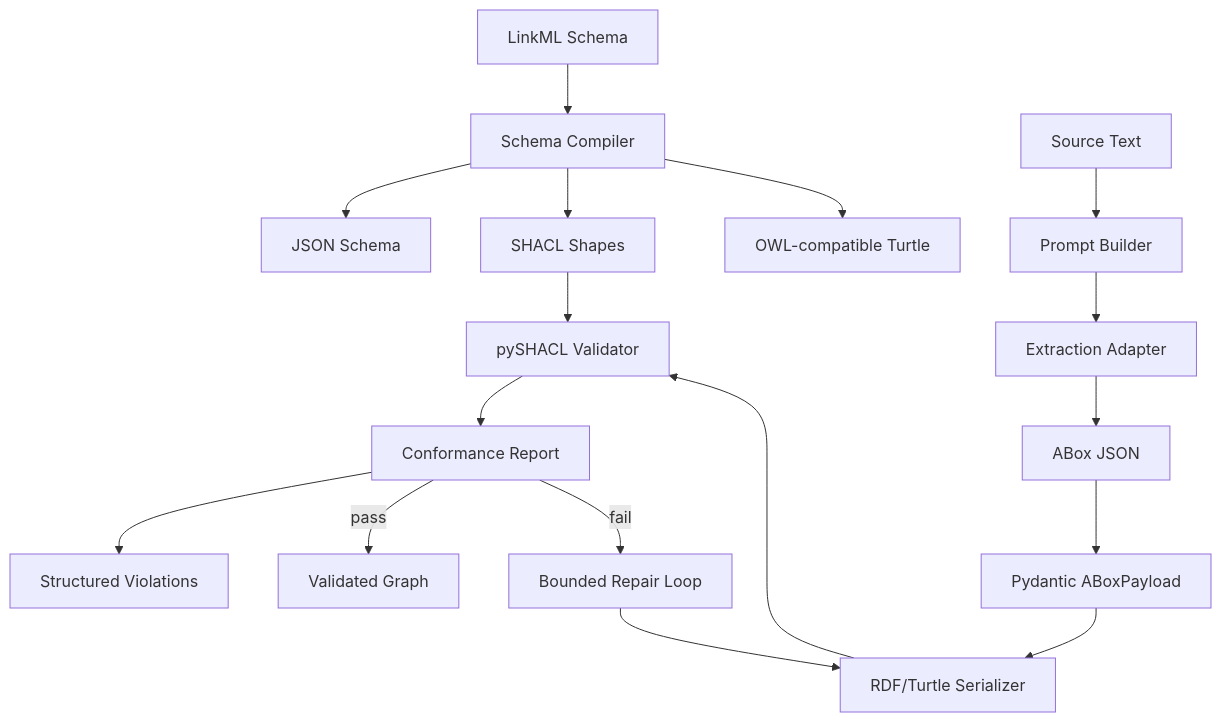
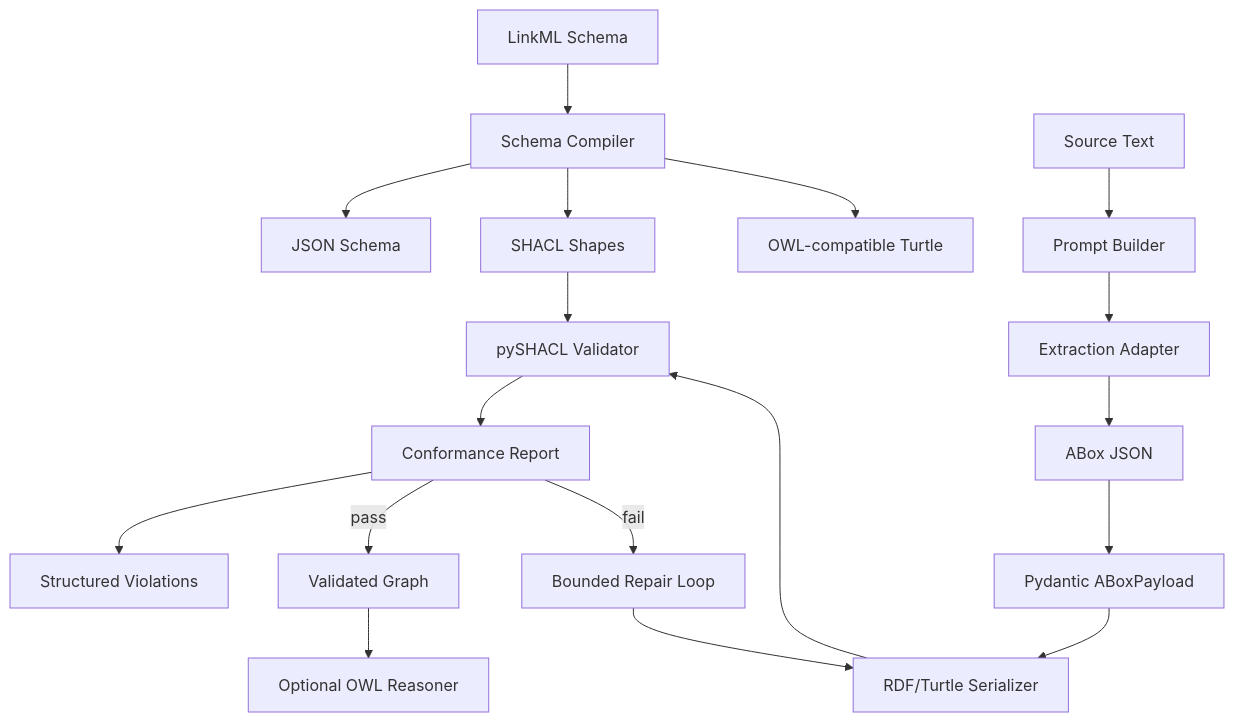
Before and after one commit to sinonchum/NeuroOntoGen: the diagram in README.md, drawn with Mermaid. The commit also changed other lines of this file and 4 other files, not shown here.

Commit message:
feat: add optional OWL reasoner adapter

````diff
--- a/README.md
+++ b/README.md
@@ -70,22 +70,23 @@
 ```mermaid
 graph TB
     S[LinkML Schema] --> C[Schema Compiler]
     C --> JS[JSON Schema]
     C --> SH[SHACL Shapes]
     C --> OWL[OWL-compatible Turtle]
 
     TXT[Source Text] --> PR[Prompt Builder]
     PR --> EX[Extraction Adapter]
     EX --> JSON[ABox JSON]
     JSON --> P[Pydantic ABoxPayload]
 
     P --> RDF[RDF/Turtle Serializer]
     RDF --> V[pySHACL Validator]
     SH --> V
     V --> R[Conformance Report]
     R --> VR[Structured Violations]
 
     R -->|pass| OUT[Validated Graph]
     R -->|fail| REP[Bounded Repair Loop]
     REP --> RDF
+    OUT --> OR[Optional OWL Reasoner]
 ```
````
